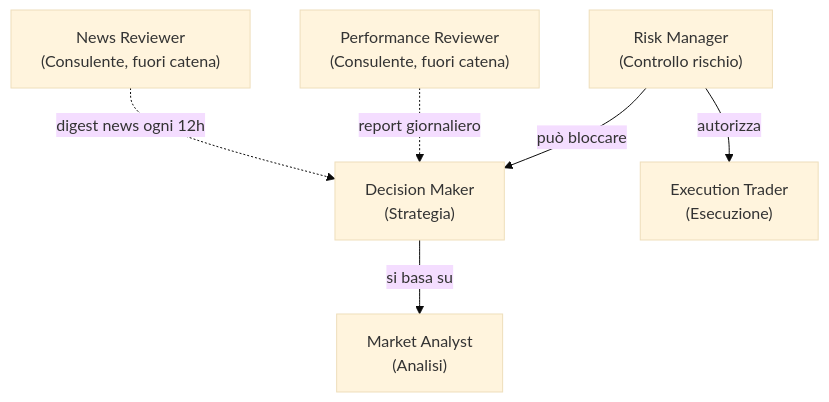
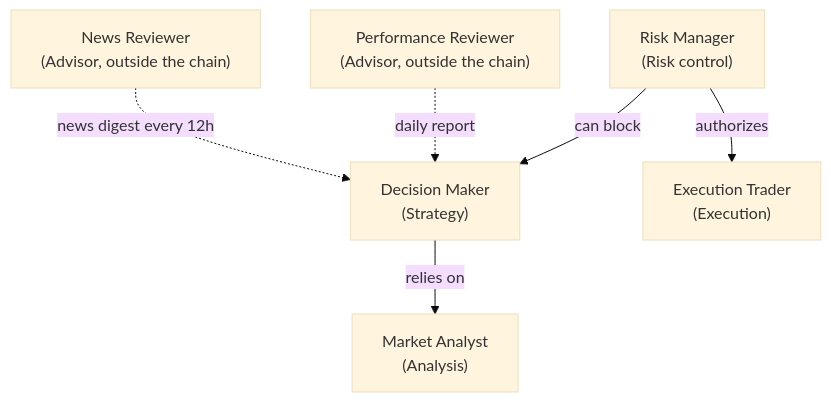
One commit to Mardock137/mdk_crypto_trading changed the diagram in docs/hierarchy_and_roles.md. Above: the diagram before and after it, drawn with Mermaid (base theme). The commit also changed other lines of this file and 12 other files, not shown here.

````diff
--- a/docs/hierarchy_and_roles.md
+++ b/docs/hierarchy_and_roles.md
@@ -17,15 +17,15 @@
 ```mermaid
 flowchart TD
-    riskManager["Risk Manager\n(Controllo rischio)"]
-    decisionMaker["Decision Maker\n(Strategia)"]
-    marketAnalyst["Market Analyst\n(Analisi)"]
-    executionTrader["Execution Trader\n(Esecuzione)"]
-    reviewer["Performance Reviewer\n(Consulente, fuori catena)"]
-    newsReviewer["News Reviewer\n(Consulente, fuori catena)"]
+    riskManager["Risk Manager\n(Risk control)"]
+    decisionMaker["Decision Maker\n(Strategy)"]
+    marketAnalyst["Market Analyst\n(Analysis)"]
+    executionTrader["Execution Trader\n(Execution)"]
+    reviewer["Performance Reviewer\n(Advisor, outside the chain)"]
+    newsReviewer["News Reviewer\n(Advisor, outside the chain)"]
 
-    riskManager -->|"può bloccare"| decisionMaker
-    decisionMaker -->|"si basa su"| marketAnalyst
-    riskManager -->|"autorizza"| executionTrader
-    reviewer -.->|"report giornaliero"| decisionMaker
-    newsReviewer -.->|"digest news ogni 12h"| decisionMaker
+    riskManager -->|"can block"| decisionMaker
+    decisionMaker -->|"relies on"| marketAnalyst
+    riskManager -->|"authorizes"| executionTrader
+    reviewer -.->|"daily report"| decisionMaker
+    newsReviewer -.->|"news digest every 12h"| decisionMaker
 ```
````
